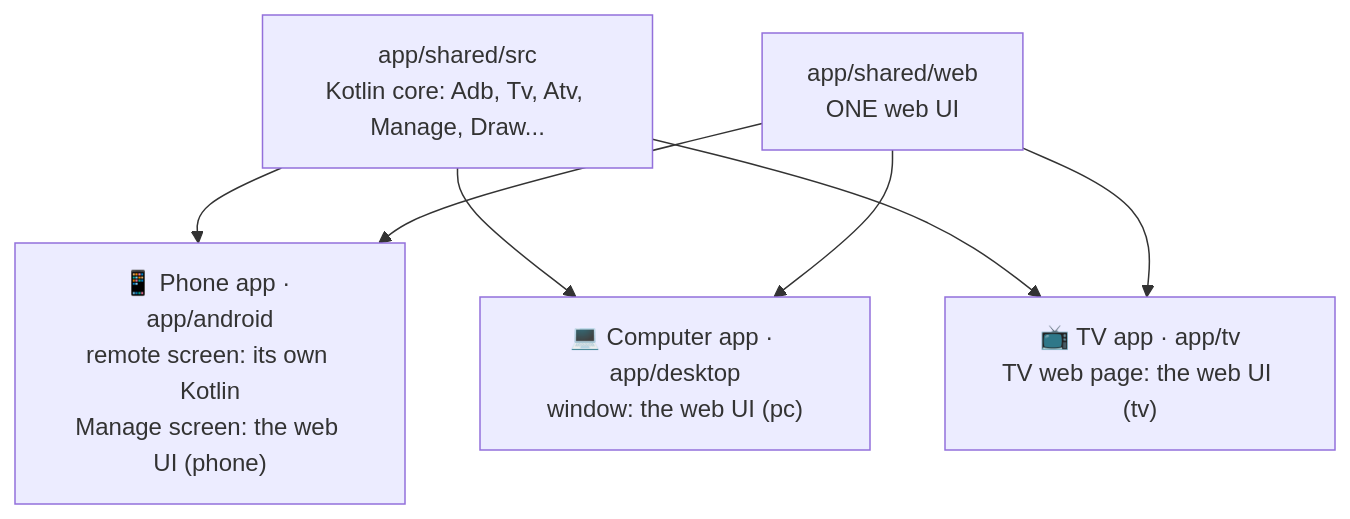
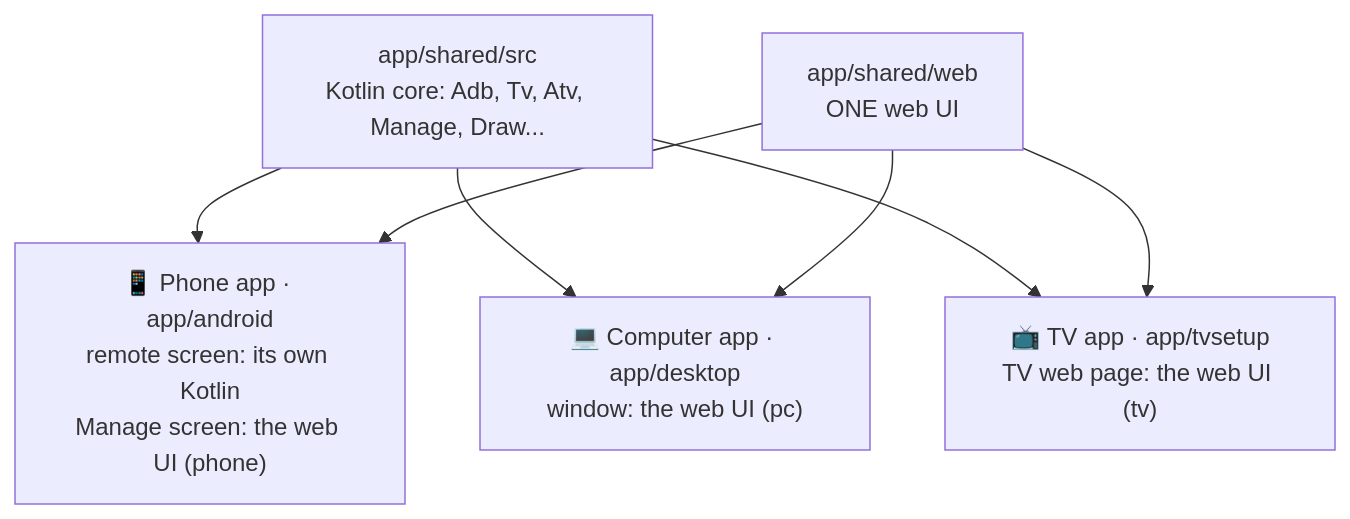
Before and after one commit to 9000000/tv-remote: the second of 2 diagrams in dev/README.md, drawn with Mermaid. The commit also changed other lines of this file and 922 other files, not shown here.

````diff
--- a/dev/README.md
+++ b/dev/README.md
@@ -131,10 +131,10 @@
 ```mermaid
 flowchart TB
     UI["app/shared/web<br/>ONE web UI"]
     CORE["app/shared/src<br/>Kotlin core: Adb, Tv, Atv, Manage, Draw..."]
     PH["📱 Phone app · app/android<br/>remote screen: its own Kotlin<br/>Manage screen: the web UI (phone)"]
     PC["💻 Computer app · app/desktop<br/>window: the web UI (pc)"]
-    TVA["📺 TV app · app/tv<br/>TV web page: the web UI (tv)"]
+    TVA["📺 TV app · app/tvsetup<br/>TV web page: the web UI (tv)"]
     CORE --> PH & PC & TVA
     UI --> PH & PC & TVA
 ```
````
